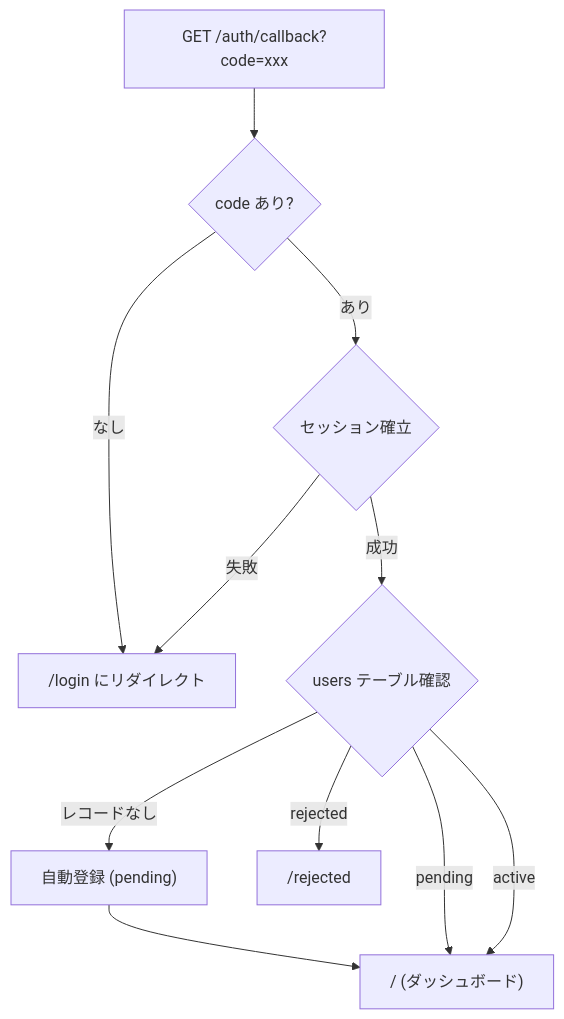
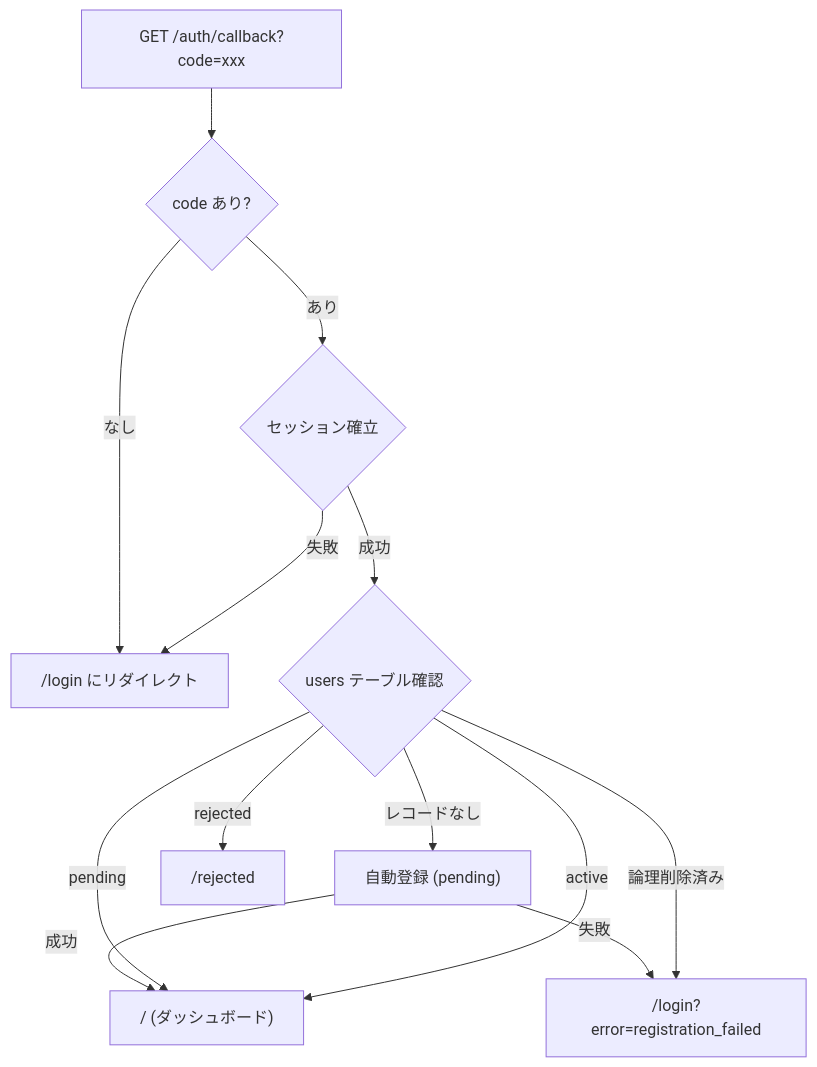
Before and after one commit to Singuralitylabs/sinlab-study: the fourth of 7 diagrams in docs/specification.md, drawn with Mermaid. The commit also changed other lines of this file and 4 other files, not shown here.

````diff
--- a/docs/specification.md
+++ b/docs/specification.md
@@ -125,12 +125,15 @@
 ```mermaid
 flowchart TD
     A["GET /auth/callback?code=xxx"] --> B{code あり?}
     B -->|なし| L["/login にリダイレクト"]
     B -->|あり| C{セッション確立}
     C -->|失敗| L
     C -->|成功| D{users テーブル確認}
-    D -->|レコードなし| R["自動登録 (pending)"] --> H
+    D -->|レコードなし| R["自動登録 (pending)"]
+    R -->|成功| H
+    R -->|失敗| F["/login?error=registration_failed"]
+    D -->|論理削除済み| F
     D -->|pending| H
     D -->|rejected| RE["/rejected"]
     D -->|active| H["/ (ダッシュボード)"]
 ```
````
